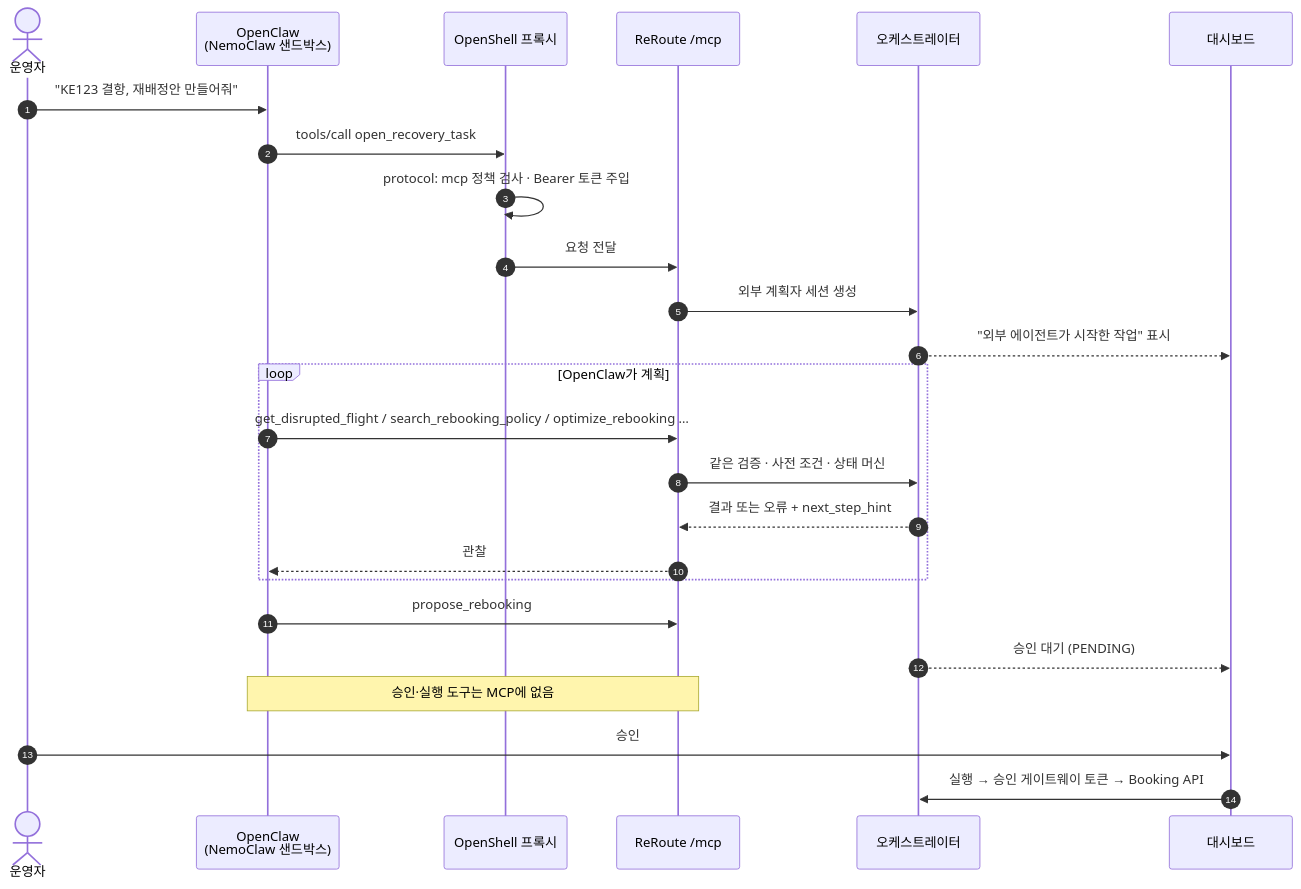
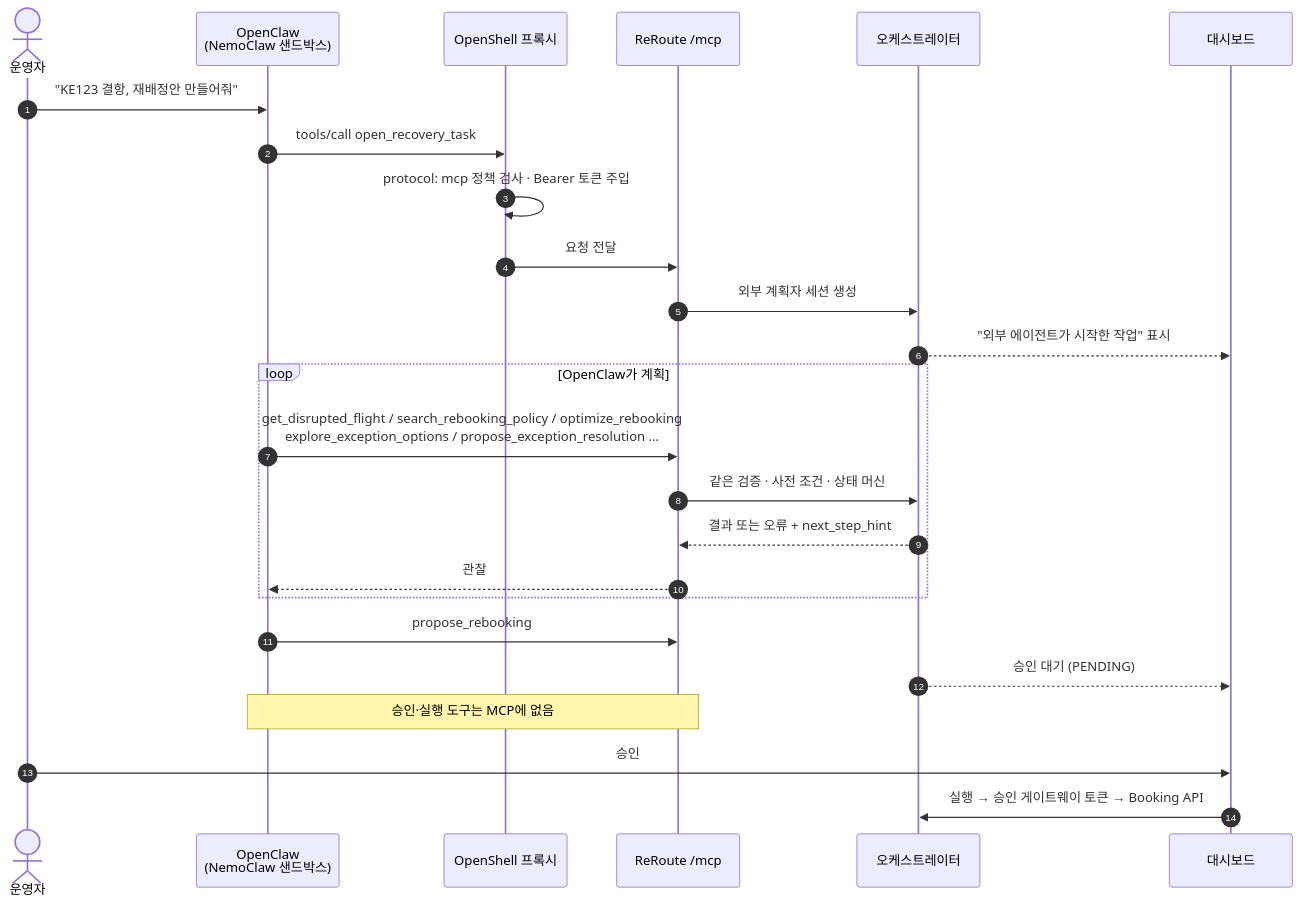
Before and after one commit to hyunolike/reroute-irops-agent: the eighth of 9 diagrams in docs/agent.md, drawn with Mermaid. The commit also changed other lines of this file and 3 other files, not shown here.

````diff
--- a/docs/agent.md
+++ b/docs/agent.md
@@ -237,28 +249,28 @@
 ```mermaid
 sequenceDiagram
     autonumber
     actor Op as 운영자
     participant OC as OpenClaw<br/>(NemoClaw 샌드박스)
     participant P as OpenShell 프록시
     participant MCP as ReRoute /mcp
     participant O as 오케스트레이터
     participant D as 대시보드
 
     Op->>OC: "KE123 결항, 재배정안 만들어줘"
     OC->>P: tools/call open_recovery_task
     P->>P: protocol: mcp 정책 검사 · Bearer 토큰 주입
     P->>MCP: 요청 전달
     MCP->>O: 외부 계획자 세션 생성
     O-->>D: "외부 에이전트가 시작한 작업" 표시
     loop OpenClaw가 계획
-        OC->>MCP: get_disrupted_flight / search_rebooking_policy / optimize_rebooking …
+        OC->>MCP: get_disrupted_flight / search_rebooking_policy / optimize_rebooking<br/>explore_exception_options / propose_exception_resolution …
         MCP->>O: 같은 검증 · 사전 조건 · 상태 머신
         O-->>MCP: 결과 또는 오류 + next_step_hint
         MCP-->>OC: 관찰
     end
     OC->>MCP: propose_rebooking
     O-->>D: 승인 대기 (PENDING)
     Note over OC,MCP: 승인·실행 도구는 MCP에 없음
     Op->>D: 승인
     D->>O: 실행 → 승인 게이트웨이 토큰 → Booking API
 ```
````
